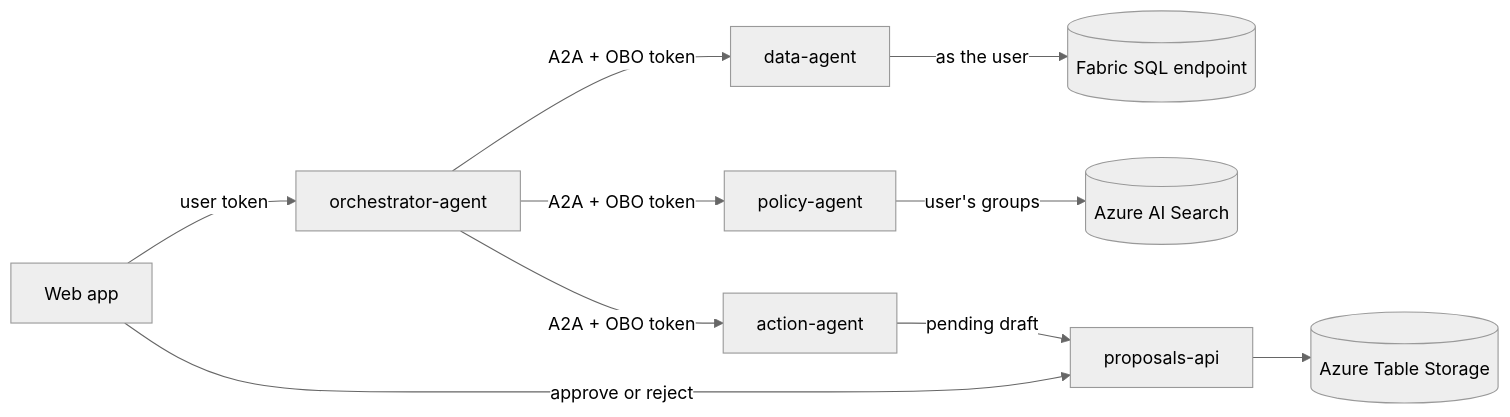
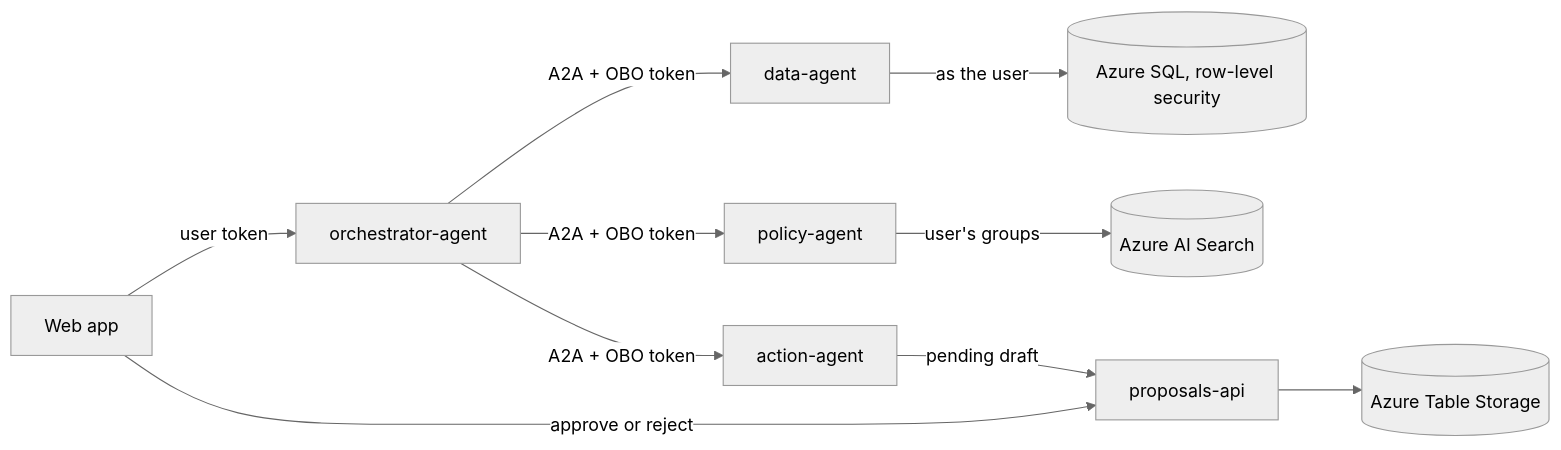
One commit to margin-copilot/docs changed the diagram in README.md. Above: the diagram before and after it, drawn with Mermaid (neutral theme). The commit also changed other lines of this file and 6 other files, not shown here.

````diff
--- a/README.md
+++ b/README.md
@@ -20,12 +21,12 @@
 ```mermaid
 flowchart LR
   web[Web app] -->|user token| orch[orchestrator-agent]
   orch -->|A2A + OBO token| data[data-agent]
   orch -->|A2A + OBO token| policy[policy-agent]
   orch -->|A2A + OBO token| action[action-agent]
-  data -->|as the user| fabric[(Fabric SQL endpoint)]
+  data -->|as the user| sql[(Azure SQL, row-level security)]
   policy -->|user's groups| search[(Azure AI Search)]
   action -->|pending draft| proposals[proposals-api]
   web -->|approve or reject| proposals
   proposals --> tables[(Azure Table Storage)]
 ```
````
